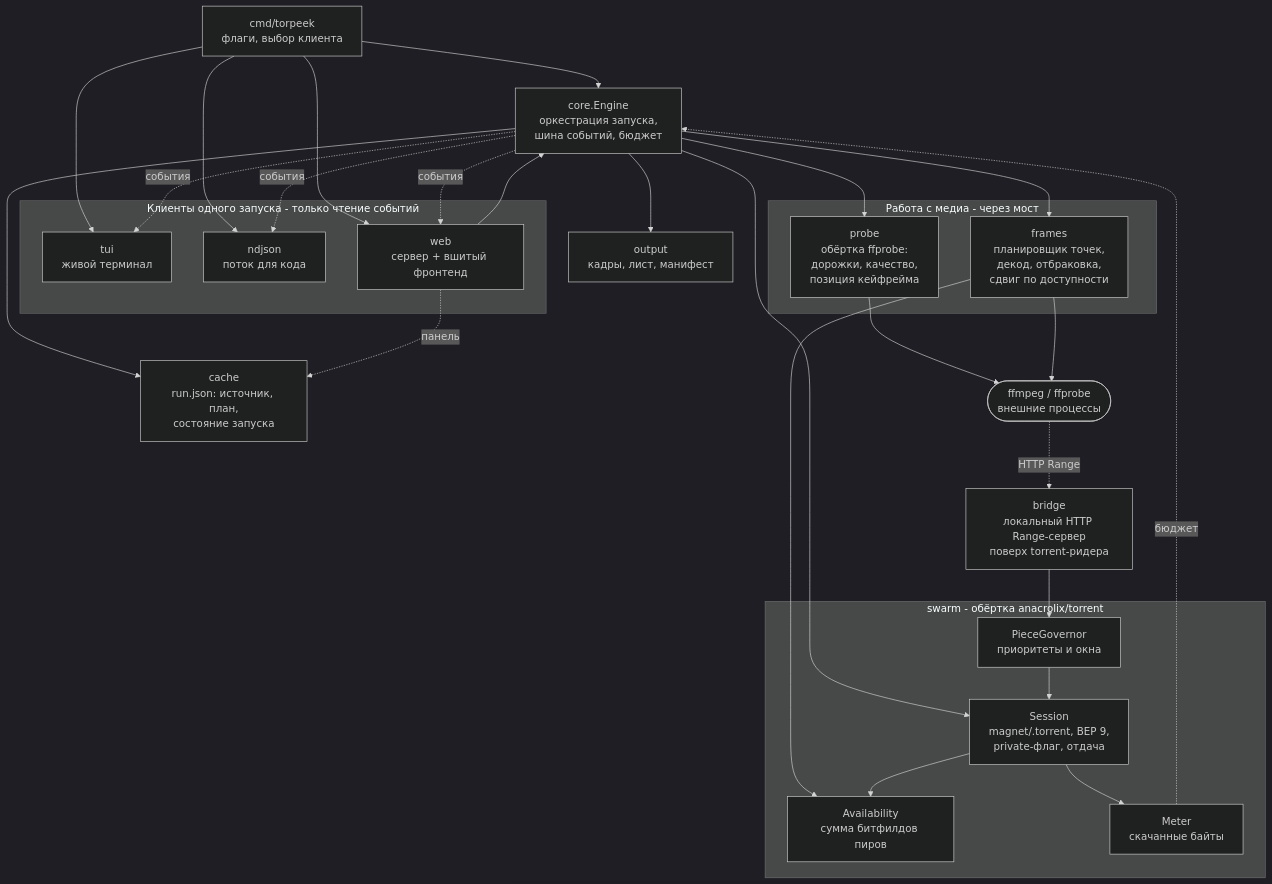
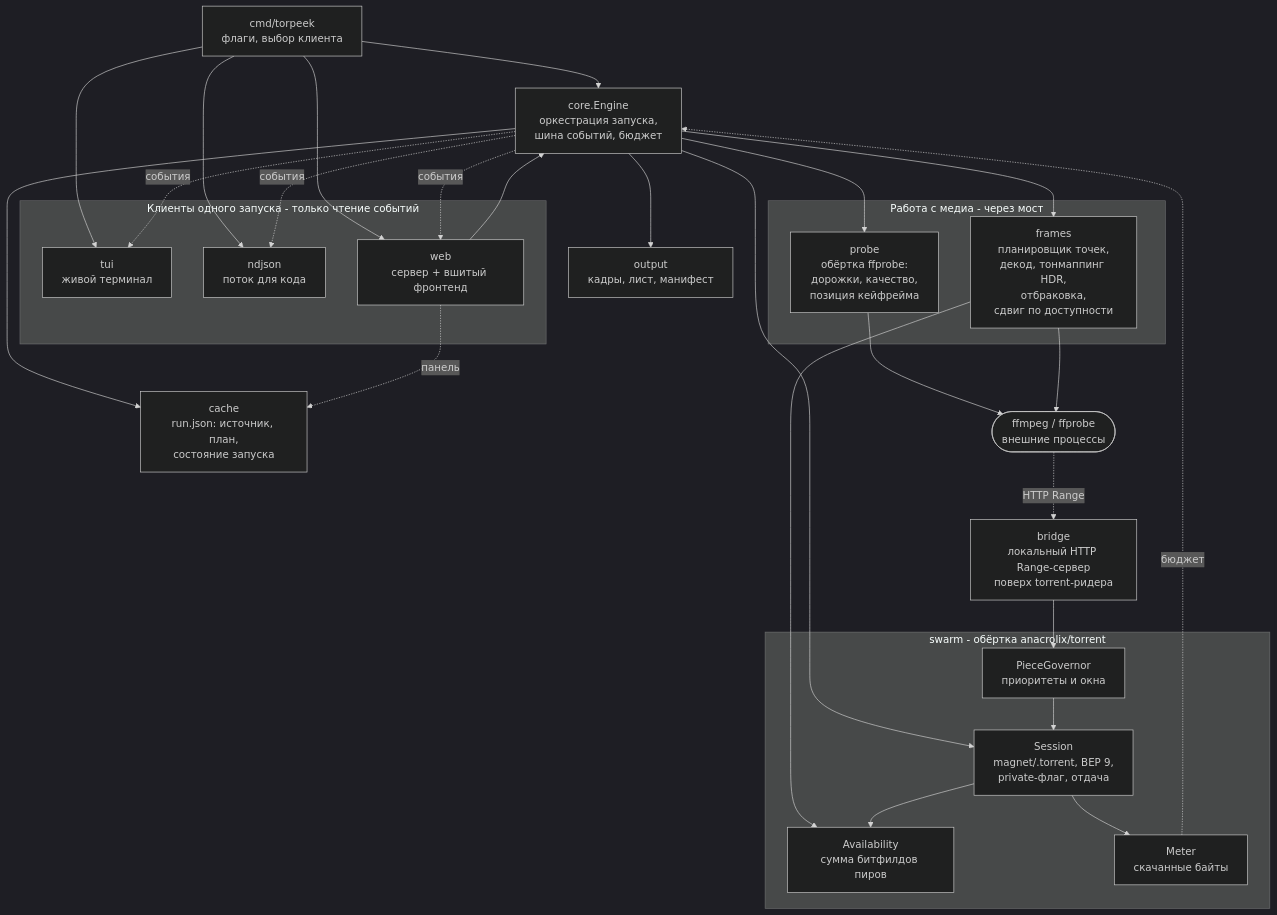
The first of 3 diagrams in ARCHITECTURE.md (madmurdok/torpeek), drawn with Mermaid (dark theme) before and after one commit. The commit also changed other lines of this file and 17 other files, not shown here.

````diff
--- a/ARCHITECTURE.md
+++ b/ARCHITECTURE.md
@@ -36,45 +36,45 @@
 ```mermaid
 graph TD
     CLI[cmd/torpeek<br/>флаги, выбор клиента]
 
     subgraph clients[Клиенты одного запуска - только чтение событий]
         TUI[tui<br/>живой терминал]
         NDJSON[ndjson<br/>поток для кода]
         WEB[web<br/>сервер + вшитый фронтенд]
     end
 
     ENGINE[core.Engine<br/>оркестрация запуска,<br/>шина событий, бюджет]
 
     subgraph media[Работа с медиа - через мост]
         PROBE[probe<br/>обёртка ffprobe:<br/>дорожки, качество,<br/>позиция кейфрейма]
-        FRAMES[frames<br/>планировщик точек,<br/>декод, отбраковка,<br/>сдвиг по доступности]
+        FRAMES[frames<br/>планировщик точек,<br/>декод, тонмаппинг HDR,<br/>отбраковка,<br/>сдвиг по доступности]
     end
 
     BRIDGE[bridge<br/>локальный HTTP Range-сервер<br/>поверх torrent-ридера]
 
     subgraph swarmpkg[swarm - обёртка anacrolix/torrent]
         SESSION[Session<br/>magnet/.torrent, BEP 9,<br/>private-флаг, отдача]
         AVAIL[Availability<br/>сумма битфилдов пиров]
         GOV[PieceGovernor<br/>приоритеты и окна]
         METER[Meter<br/>скачанные байты]
     end
 
     OUT[output<br/>кадры, лист, манифест]
     CACHE[cache<br/>run.json: источник, план,<br/>состояние запуска]
     FFMPEG([ffmpeg / ffprobe<br/>внешние процессы])
 
     CLI --> ENGINE
     CLI --> TUI & NDJSON & WEB
     WEB --> ENGINE
     ENGINE -.события.-> TUI & NDJSON & WEB
     ENGINE --> PROBE & FRAMES & OUT & CACHE
     WEB -.панель.-> CACHE
     ENGINE --> SESSION
     PROBE & FRAMES --> FFMPEG
     FFMPEG -.HTTP Range.-> BRIDGE
     FRAMES --> AVAIL
     BRIDGE --> GOV
     GOV --> SESSION
     SESSION --> AVAIL & METER
     METER -.бюджет.-> ENGINE
 ```
````
